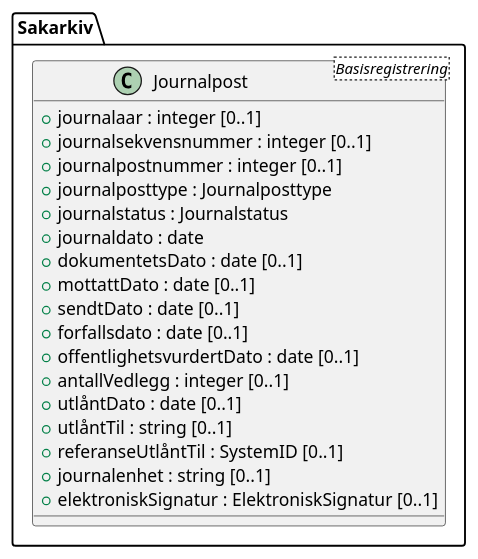
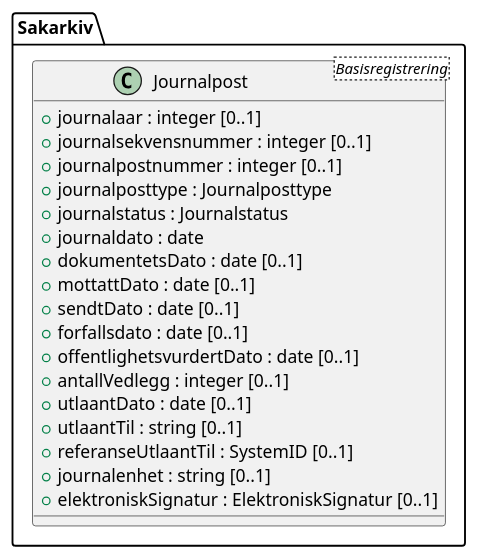
The diagram in kapitler/media/uml-class-journalpost.iuml (arkivverket/noark5-tjenestegrensesnitt-standard), drawn with PlantUML before and after one commit. The commit also changed 18 other files, not shown here.

```diff
--- a/kapitler/media/uml-class-journalpost.iuml
+++ b/kapitler/media/uml-class-journalpost.iuml
@@ -1,21 +1,21 @@
 @startuml
 class Sakarkiv.Journalpost <Basisregistrering> {
   +journalaar : integer [0..1]
   +journalsekvensnummer : integer [0..1]
   +journalpostnummer : integer [0..1]
   +journalposttype : Journalposttype
   +journalstatus : Journalstatus
   +journaldato : date
   +dokumentetsDato : date [0..1]
   +mottattDato : date [0..1]
   +sendtDato : date [0..1]
   +forfallsdato : date [0..1]
   +offentlighetsvurdertDato : date [0..1]
   +antallVedlegg : integer [0..1]
-  +utlåntDato : date [0..1]
-  +utlåntTil : string [0..1]
-  +referanseUtlåntTil : SystemID [0..1]
+  +utlaantDato : date [0..1]
+  +utlaantTil : string [0..1]
+  +referanseUtlaantTil : SystemID [0..1]
   +journalenhet : string [0..1]
   +elektroniskSignatur : ElektroniskSignatur [0..1]
 }
 @enduml
```
